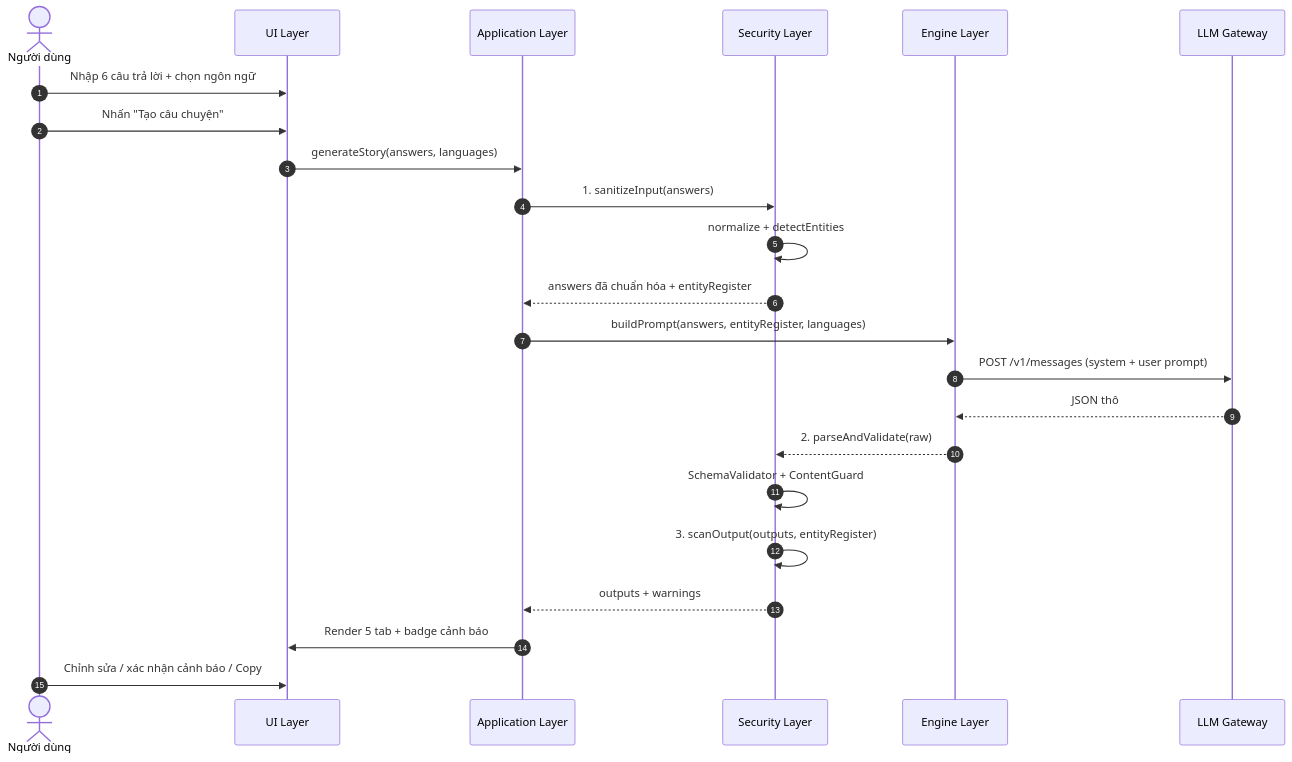
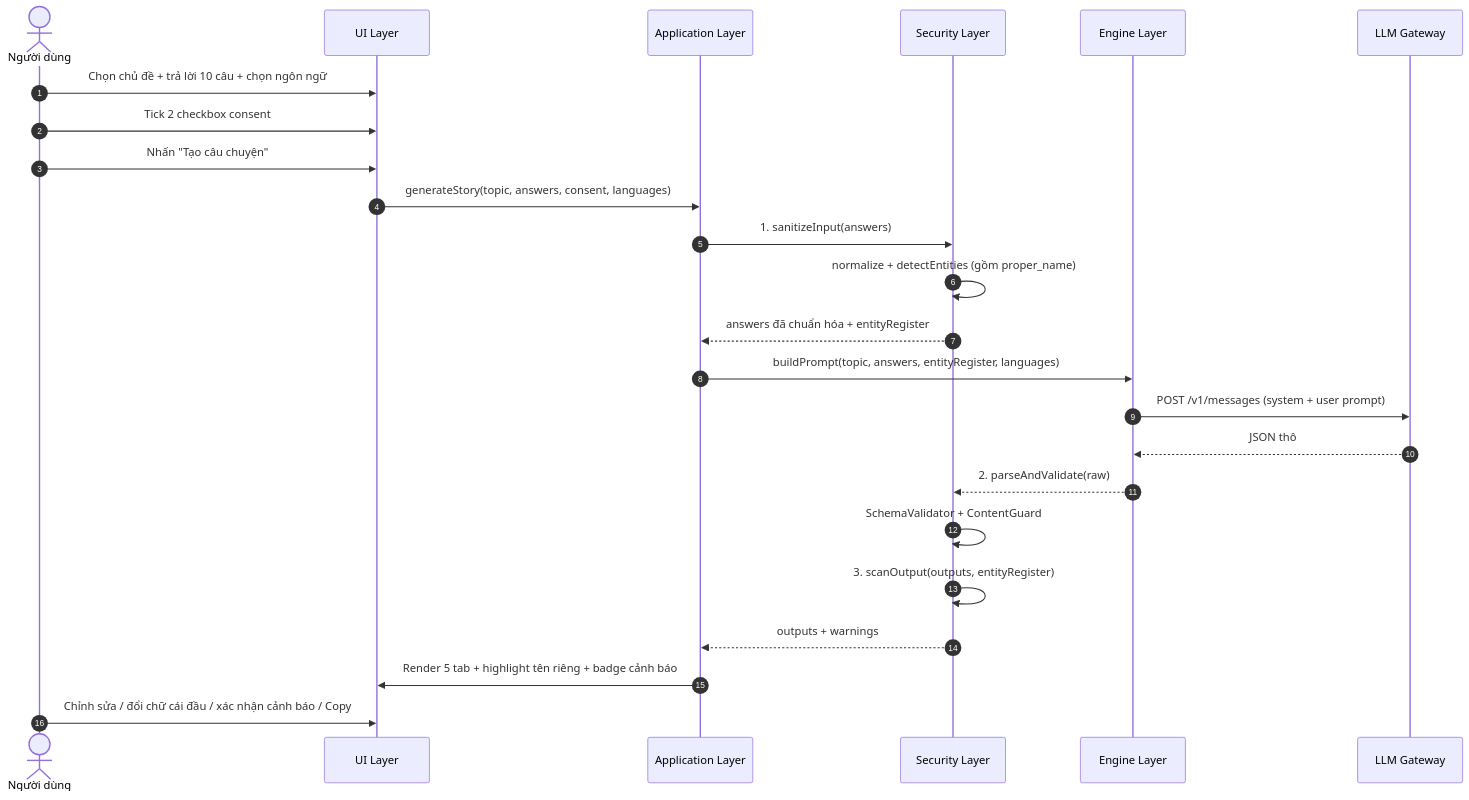
Before and after one commit to TrangVQ6/story-coders: the second of 3 diagrams in docs/07-system-design.md, drawn with Mermaid. The commit also changed other lines of this file and 44 other files, not shown here.

````diff
--- a/docs/07-system-design.md
+++ b/docs/07-system-design.md
@@ -110,26 +114,27 @@
 ```mermaid
 sequenceDiagram
     autonumber
     actor U as Người dùng
     participant UI as UI Layer
     participant APP as Application Layer
     participant SEC as Security Layer
     participant ENG as Engine Layer
     participant GW as LLM Gateway
 
-    U->>UI: Nhập 6 câu trả lời + chọn ngôn ngữ
+    U->>UI: Chọn chủ đề + trả lời 10 câu + chọn ngôn ngữ
+    U->>UI: Tick 2 checkbox consent
     U->>UI: Nhấn "Tạo câu chuyện"
-    UI->>APP: generateStory(answers, languages)
+    UI->>APP: generateStory(topic, answers, consent, languages)
     APP->>SEC: 1. sanitizeInput(answers)
-    SEC->>SEC: normalize + detectEntities
+    SEC->>SEC: normalize + detectEntities (gồm proper_name)
     SEC-->>APP: answers đã chuẩn hóa + entityRegister
-    APP->>ENG: buildPrompt(answers, entityRegister, languages)
+    APP->>ENG: buildPrompt(topic, answers, entityRegister, languages)
     ENG->>GW: POST /v1/messages (system + user prompt)
     GW-->>ENG: JSON thô
     ENG-->>SEC: 2. parseAndValidate(raw)
     SEC->>SEC: SchemaValidator + ContentGuard
     SEC->>SEC: 3. scanOutput(outputs, entityRegister)
     SEC-->>APP: outputs + warnings
-    APP->>UI: Render 5 tab + badge cảnh báo
-    U->>UI: Chỉnh sửa / xác nhận cảnh báo / Copy
+    APP->>UI: Render 5 tab + highlight tên riêng + badge cảnh báo
+    U->>UI: Chỉnh sửa / đổi chữ cái đầu / xác nhận cảnh báo / Copy
 ```
````
